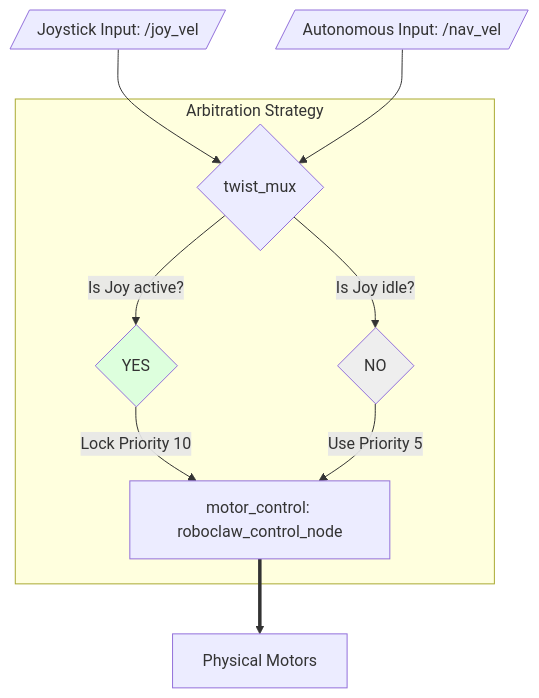
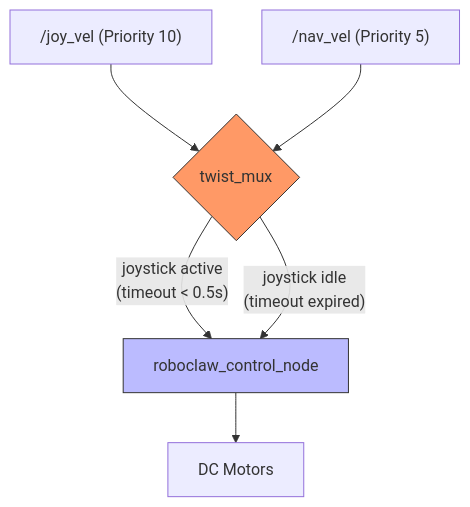
One commit to Arsen-Robotics/bigfootbot changed the diagram in docs/architecture/control/README.md. Above: the diagram before and after it, drawn with Mermaid.

Commit message:
docs: improve velocity arbitration diagram in control README
Refactored the control flow diagram to use cleaner flowchart syntax and
edge-based condition labels, making the twist_mux timeout logic easier to understand.

````diff
--- a/docs/architecture/control/README.md
+++ b/docs/architecture/control/README.md
@@ -18,20 +18,13 @@
 ```mermaid
-graph TD
-    %% INPUTS
-    JOY[/Joystick Input: /joy_vel/] --> MUX{twist_mux}
-    AUTO[/Autonomous Input: /nav_vel/] --> MUX
+flowchart TD
+    JOY["/joy_vel (Priority 10)"] --> MUX{twist_mux}
+    AUTO["/nav_vel (Priority 5)"] --> MUX
 
-    %% LOGIC
-    subgraph "Arbitration Strategy"
-        MUX -- "Is Joy active?" --> YES{YES}
-        YES -- "Lock Priority 10" --> RC[motor_control: roboclaw_control_node]
-        MUX -- "Is Joy idle?" --> NO{NO}
-        NO -- "Use Priority 5" --> RC
-    end
+    MUX -- "joystick active\n(timeout < 0.5s)" --> RC
+    MUX -- "joystick idle\n(timeout expired)" --> RC
 
-    %% OUTPUT
-    RC ==> MOTOR[Physical Motors]
+    RC[roboclaw_control_node] --> MOTORS[DC Motors]
 
-    style YES fill:#dfd
-    style NO fill:#eee
+    style MUX fill:#f96,stroke:#333
+    style RC fill:#bbf,stroke:#333
 ```
````
